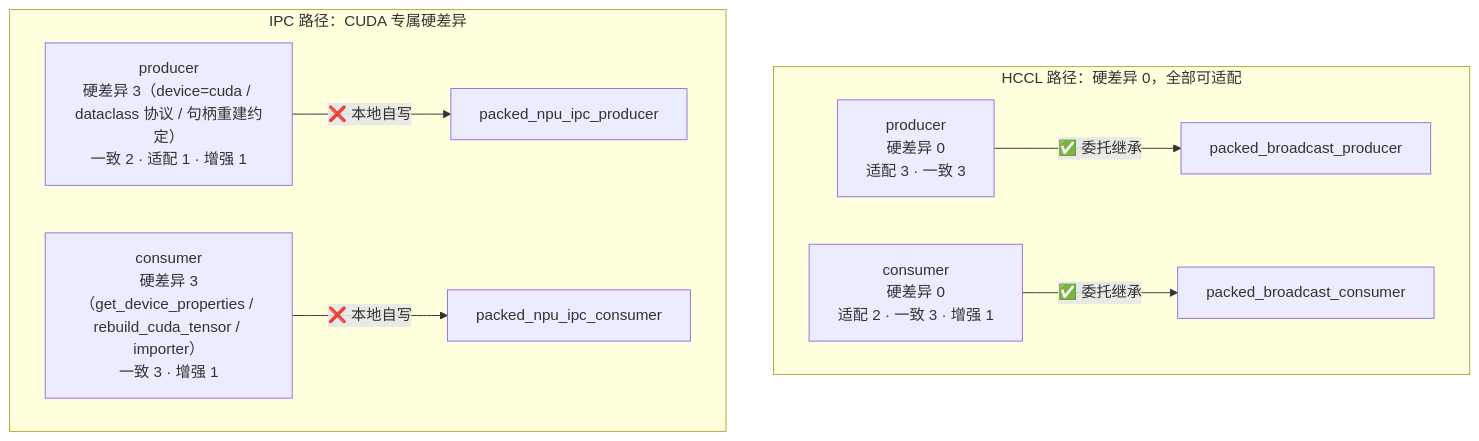
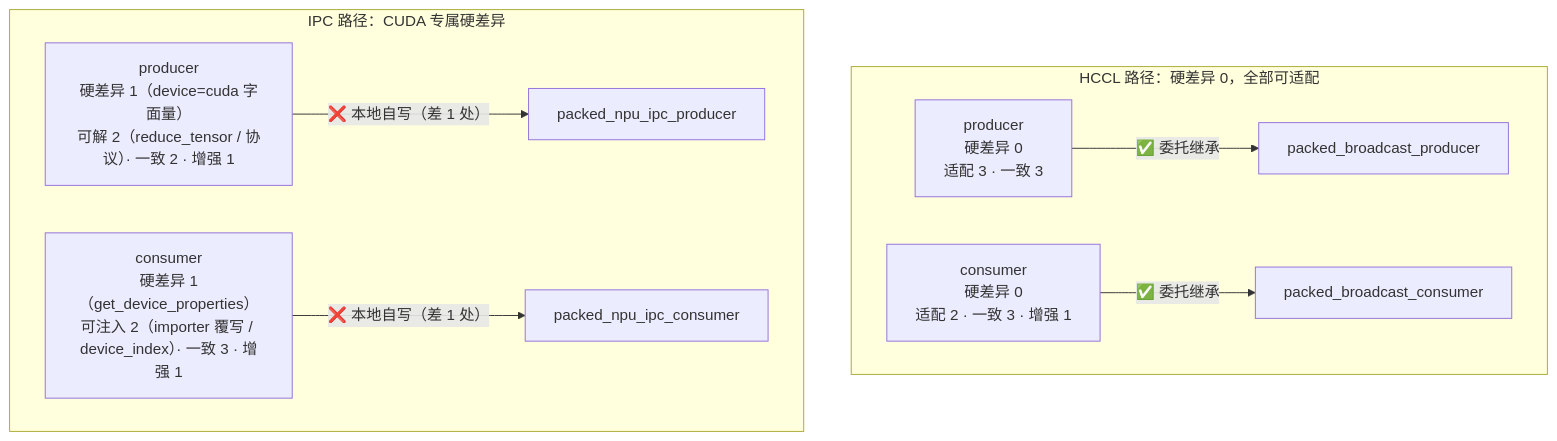
The second of 2 diagrams in vllm/weight-transfer/packed-tensor-design.md (Liccol/ref-doc), drawn with Mermaid before and after one commit. The commit also changed other lines of this file and 3 other files, not shown here.

````diff
--- a/vllm/weight-transfer/packed-tensor-design.md
+++ b/vllm/weight-transfer/packed-tensor-design.md
@@ -161,13 +161,13 @@
 ```mermaid
 flowchart TB
     subgraph HCCL["HCCL 路径：硬差异 0，全部可适配"]
         direction LR
         HP["producer<br/>硬差异 0<br/>适配 3 · 一致 3"] -->|"✅ 委托继承"| HP2["packed_broadcast_producer"]
         HC["consumer<br/>硬差异 0<br/>适配 2 · 一致 3 · 增强 1"] -->|"✅ 委托继承"| HC2["packed_broadcast_consumer"]
     end
     subgraph IPC["IPC 路径：CUDA 专属硬差异"]
         direction LR
-        IP["producer<br/>硬差异 3（device=cuda / dataclass 协议 / 句柄重建约定）<br/>一致 2 · 适配 1 · 增强 1"] -->|"❌ 本地自写"| IP2["packed_npu_ipc_producer"]
-        IC["consumer<br/>硬差异 3（get_device_properties / rebuild_cuda_tensor / importer）<br/>一致 3 · 增强 1"] -->|"❌ 本地自写"| IC2["packed_npu_ipc_consumer"]
+        IP["producer<br/>硬差异 1（device=cuda 字面量）<br/>可解 2（reduce_tensor / 协议）· 一致 2 · 增强 1"] -->|"❌ 本地自写（差 1 处）"| IP2["packed_npu_ipc_producer"]
+        IC["consumer<br/>硬差异 1（get_device_properties）<br/>可注入 2（importer 覆写 / device_index）· 一致 3 · 增强 1"] -->|"❌ 本地自写（差 1 处）"| IC2["packed_npu_ipc_consumer"]
     end
 ```
````
